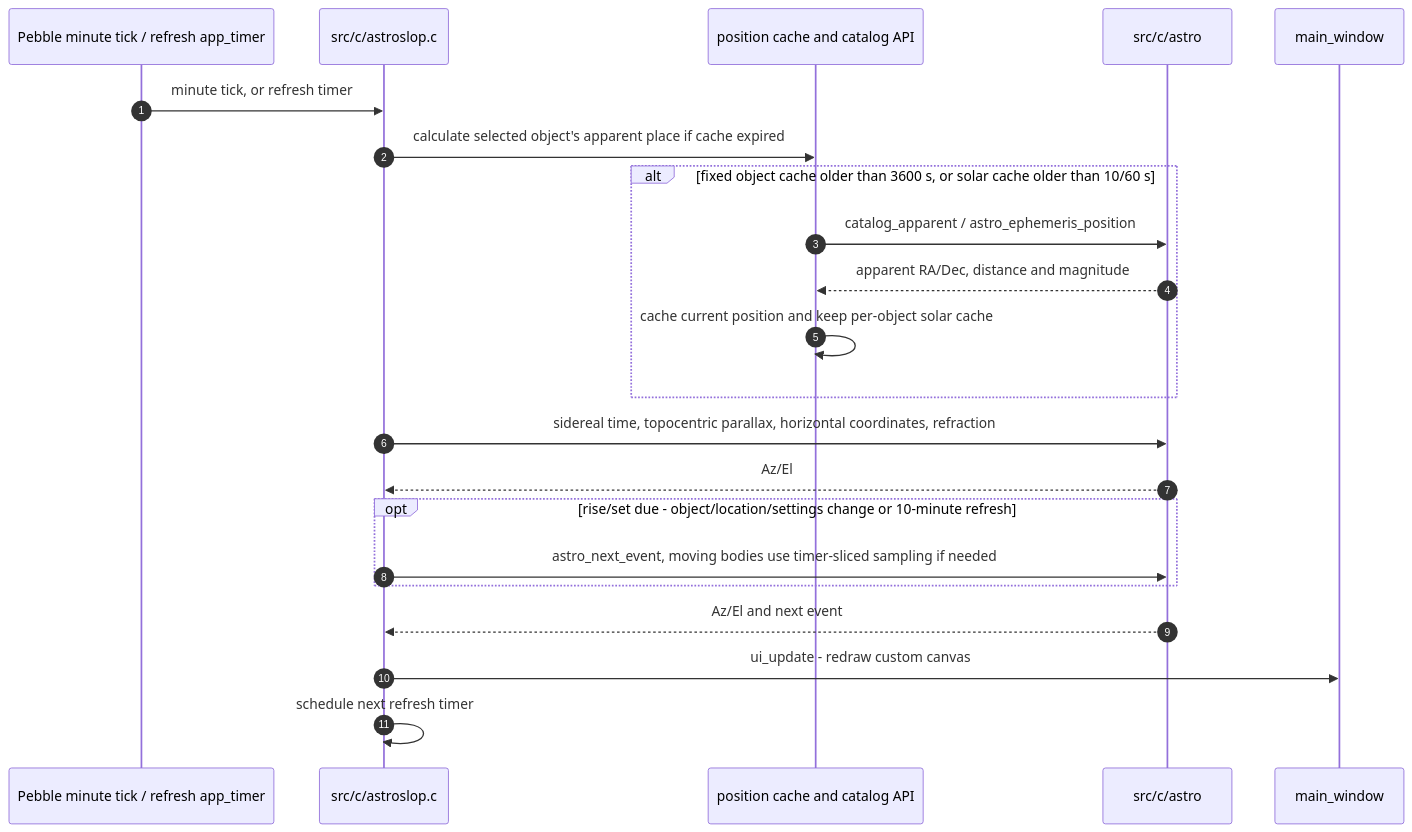
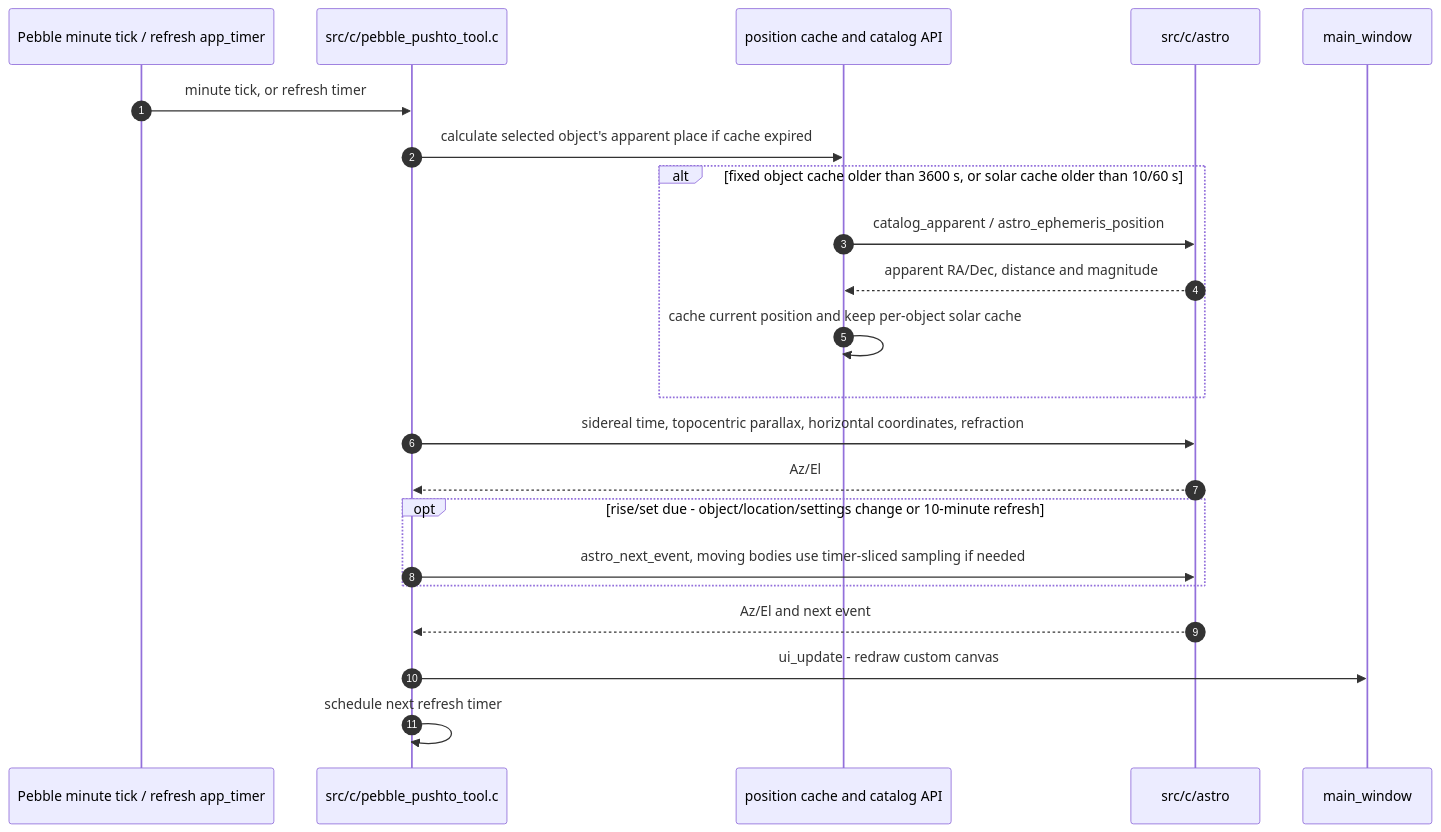
One commit to ewsandor/AstroSlop changed the third of 10 diagrams in docs/DESIGN.md. Above: the diagram before and after it, drawn with Mermaid. The commit also changed other lines of this file and 10 other files, not shown here.

First line of the commit message:
Replace AstroSlop references with Pebble PushTo Tool branding (#60)

````diff
--- a/docs/DESIGN.md
+++ b/docs/DESIGN.md
@@ -495,25 +496,25 @@
 ```mermaid
 sequenceDiagram
     autonumber
     participant T as Pebble minute tick / refresh app_timer
-    participant C as src/c/astroslop.c
+    participant C as src/c/pebble_pushto_tool.c
     participant E as position cache and catalog API
     participant A as src/c/astro
     participant UI as main_window
 
     T->>C: minute tick, or refresh timer
     C->>E: calculate selected object's apparent place if cache expired
     alt fixed object cache older than 3600 s, or solar cache older than 10/60 s
         E->>A: catalog_apparent / astro_ephemeris_position
         A-->>E: apparent RA/Dec, distance and magnitude
         E->>E: cache current position and keep per-object solar cache
     end
     C->>A: sidereal time, topocentric parallax, horizontal coordinates, refraction
     A-->>C: Az/El
     opt rise/set due - object/location/settings change or 10-minute refresh
         C->>A: astro_next_event, moving bodies use timer-sliced sampling if needed
     end
     A-->>C: Az/El and next event
     C->>UI: ui_update - redraw custom canvas
     C->>C: schedule next refresh timer
 ```
````
